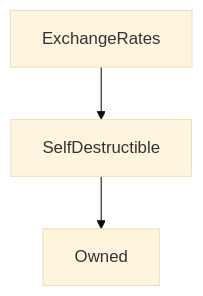
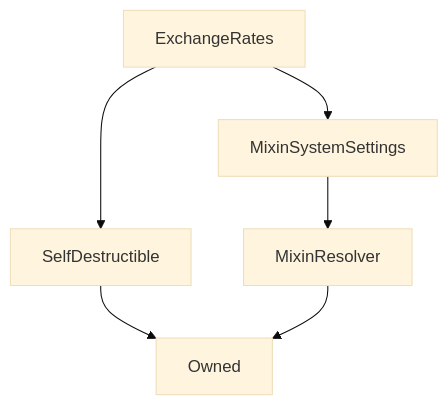
One commit to Synthetixio/synthetix-docs changed the diagram in content/contracts/source/contracts/ExchangeRates.md. Above: the diagram before and after it, drawn with Mermaid (base theme). The commit also changed other lines of this file and 81 other files, not shown here.

````diff
--- a/content/contracts/source/contracts/ExchangeRates.md
+++ b/content/contracts/source/contracts/ExchangeRates.md
@@ -26,6 +26,9 @@
 ```mermaid
 graph TD
     ExchangeRates[ExchangeRates] --> SelfDestructible[SelfDestructible]
+    ExchangeRates[ExchangeRates] --> MixinSystemSettings[MixinSystemSettings]
     SelfDestructible[SelfDestructible] --> Owned[Owned]
+    MixinSystemSettings[MixinSystemSettings] --> MixinResolver[MixinResolver]
+    MixinResolver[MixinResolver] --> Owned[Owned]
 
 ```
````
